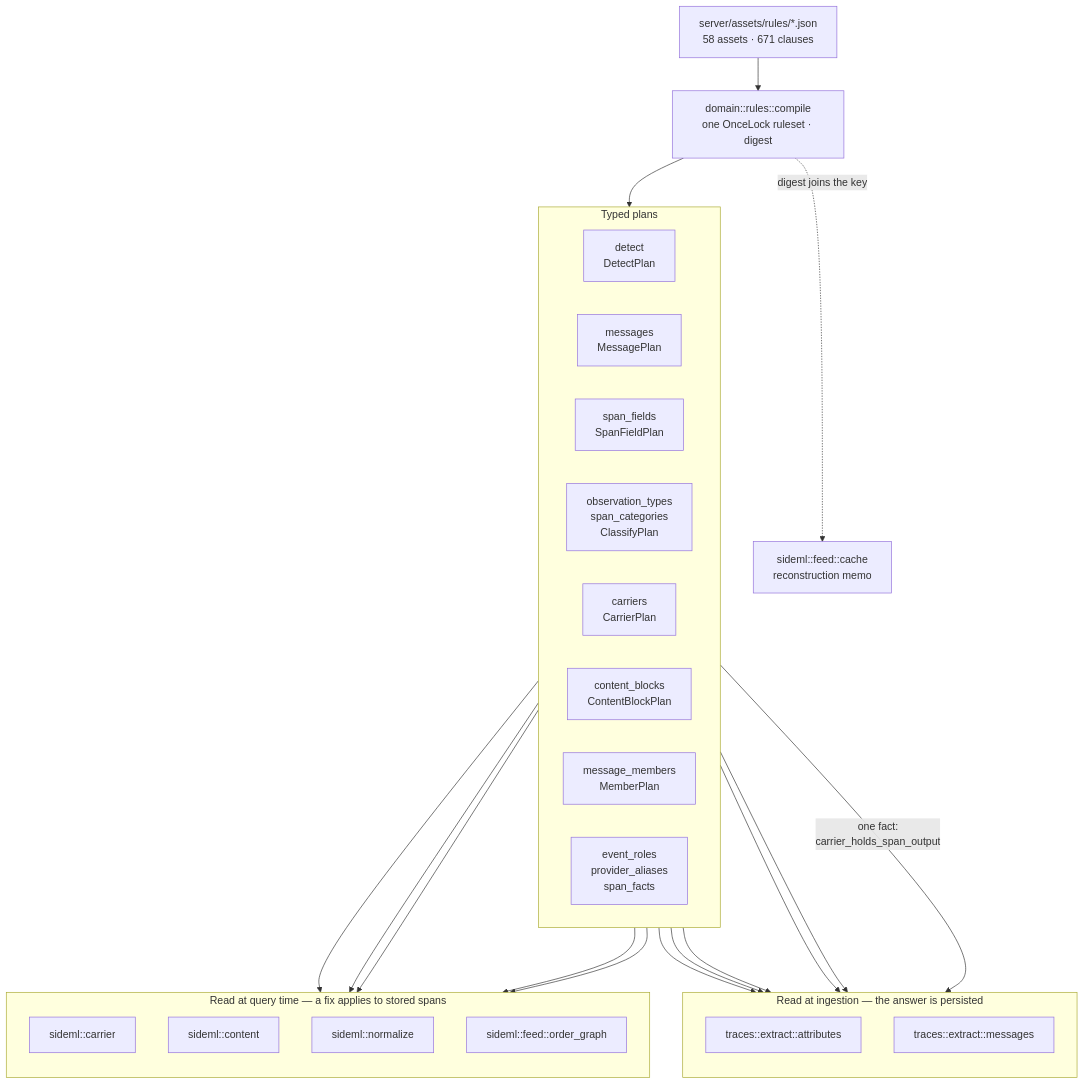
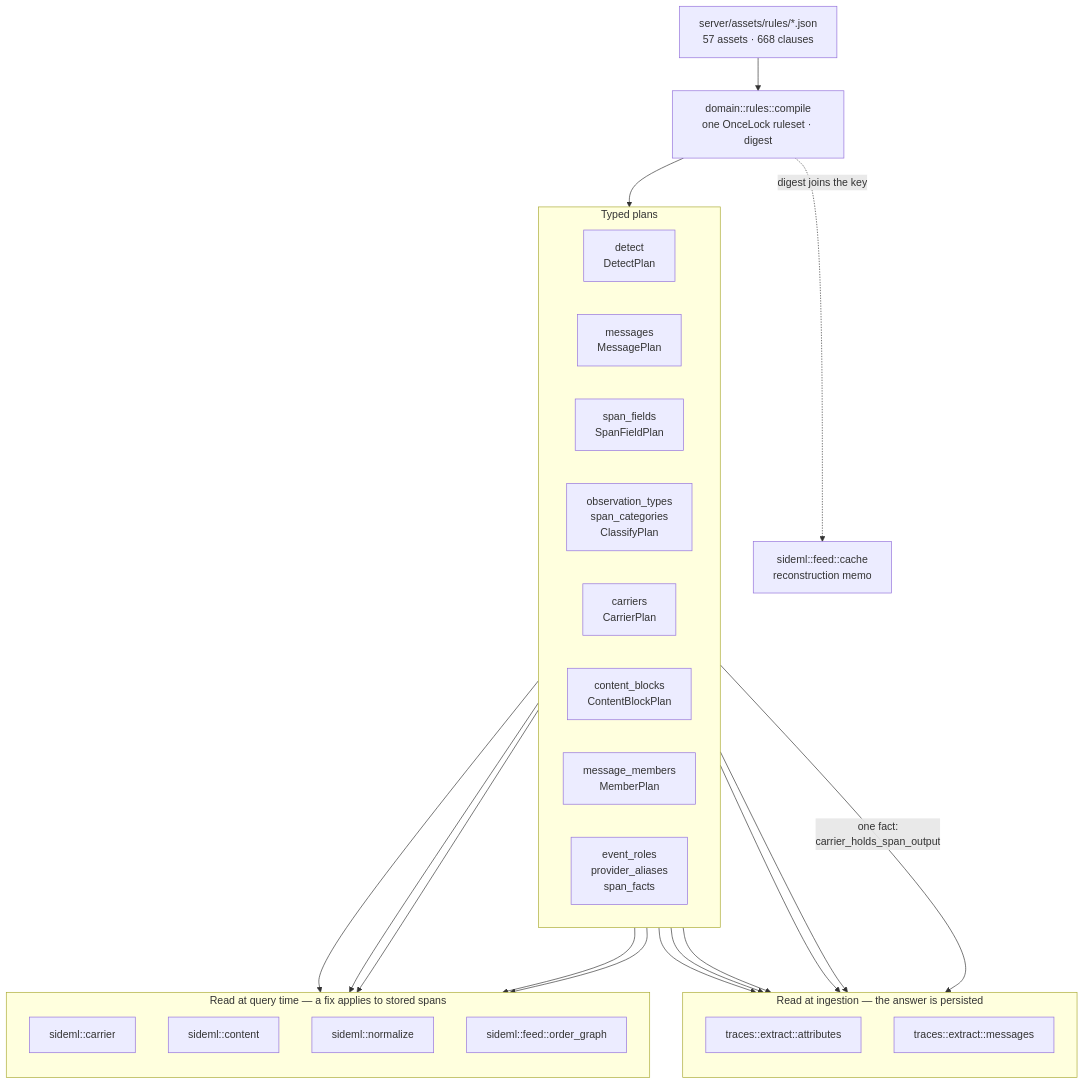
The first of 7 diagrams in docs/engineering/architecture-diagrams.md (sideseat/sideseat), drawn with Mermaid before and after one commit. The commit also changed 13 other files, not shown here.

````diff
--- a/docs/engineering/architecture-diagrams.md
+++ b/docs/engineering/architecture-diagrams.md
@@ -18,47 +18,47 @@
 ```mermaid
 flowchart TB
-    assets["server/assets/rules/*.json<br/>58 assets · 671 clauses"]
+    assets["server/assets/rules/*.json<br/>57 assets · 668 clauses"]
     compile["domain::rules::compile<br/>one OnceLock ruleset · digest"]
     assets --> compile
 
     subgraph plans["Typed plans"]
         direction LR
         detect["detect<br/>DetectPlan"]
         messages["messages<br/>MessagePlan"]
         fields["span_fields<br/>SpanFieldPlan"]
         classify["observation_types<br/>span_categories<br/>ClassifyPlan"]
         carriers["carriers<br/>CarrierPlan"]
         blocks["content_blocks<br/>ContentBlockPlan"]
         members["message_members<br/>MemberPlan"]
         roles["event_roles<br/>provider_aliases<br/>span_facts"]
     end
     compile --> plans
 
     subgraph ingest["Read at ingestion — the answer is persisted"]
         direction TB
         attrs["traces::extract::attributes"]
         msgs["traces::extract::messages"]
     end
 
     subgraph query["Read at query time — a fix applies to stored spans"]
         direction TB
         carrier["sideml::carrier"]
         content["sideml::content"]
         normalize["sideml::normalize"]
         order["sideml::feed::order_graph"]
     end
 
     detect --> attrs
     fields --> attrs
     classify --> attrs
     roles --> attrs
     messages --> msgs
     carriers -->|"one fact:<br/>carrier_holds_span_output"| msgs
     carriers --> carrier
     carriers --> order
     blocks --> content
     members --> content
     roles --> normalize
 
     compile -. "digest joins the key" .-> cache["sideml::feed::cache<br/>reconstruction memo"]
 ```
````
